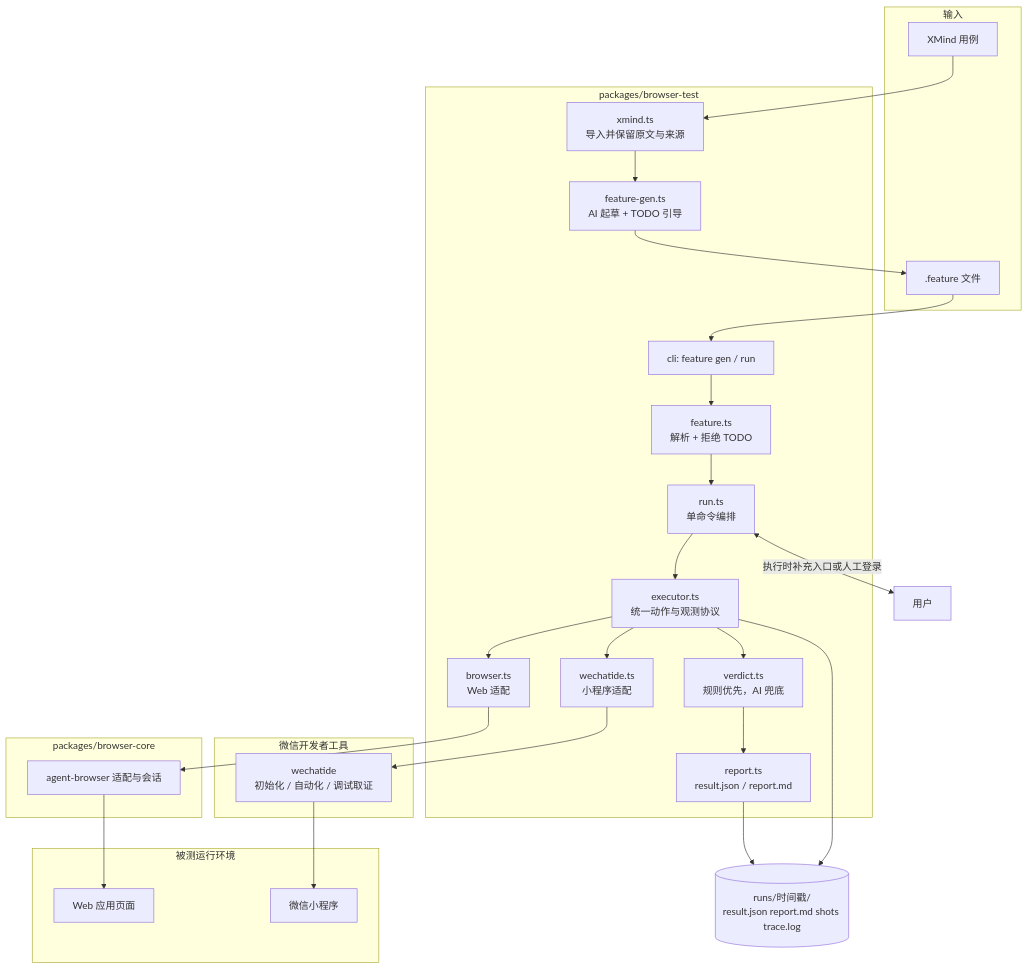
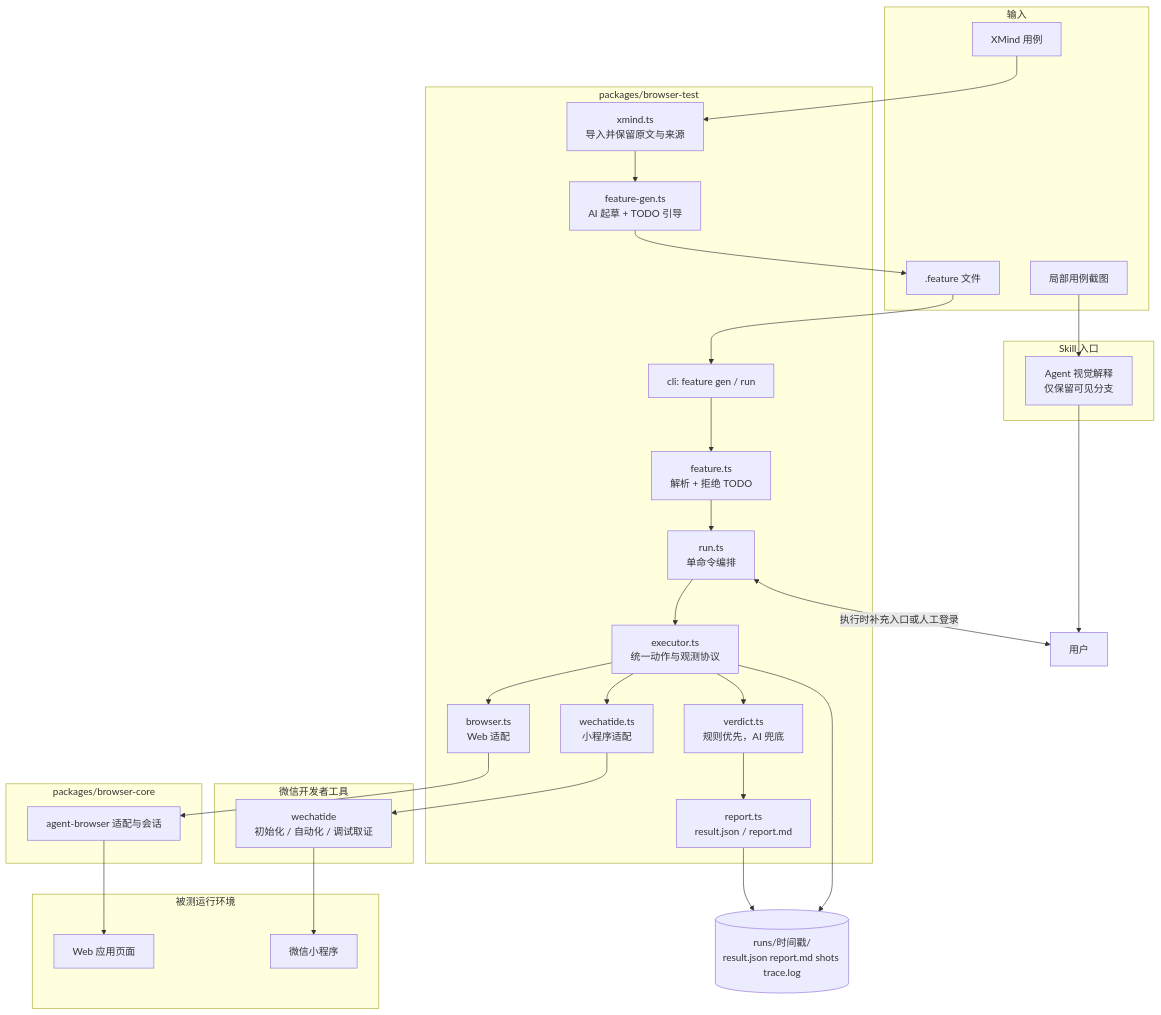
The first of 4 diagrams in docs/browser-test-technical-plan.md (Mone-Lee/browser-automated), drawn with Mermaid before and after one commit. The commit also changed other lines of this file and 3 other files, not shown here.

````diff
--- a/docs/browser-test-technical-plan.md
+++ b/docs/browser-test-technical-plan.md
@@ -42,45 +42,51 @@
 ```mermaid
 flowchart TB
     subgraph Input[输入]
         XM[XMind 用例]
+        IM[局部用例截图]
         FE[.feature 文件]
+    end
+
+    subgraph Skill[Skill 入口]
+        VI[Agent 视觉解释<br/>仅保留可见分支]
     end
 
     subgraph BT[packages/browser-test]
         CLI[cli: feature gen / run]
         XI[xmind.ts<br/>导入并保留原文与来源]
         FG[feature-gen.ts<br/>AI 起草 + TODO 引导]
         FP[feature.ts<br/>解析 + 拒绝 TODO]
         RUN[run.ts<br/>单命令编排]
         EX[executor.ts<br/>统一动作与观测协议]
         BR[browser.ts<br/>Web 适配]
         WX[wechatide.ts<br/>小程序适配]
         VD[verdict.ts<br/>规则优先，AI 兜底]
         RP[report.ts<br/>result.json / report.md]
     end
 
     subgraph Core[packages/browser-core]
         AB[agent-browser 适配与会话]
     end
 
     subgraph DevTools[微信开发者工具]
         WI[wechatide<br/>初始化 / 自动化 / 调试取证]
     end
 
     subgraph Biz[被测运行环境]
         APP[Web 应用页面]
         MP[微信小程序]
     end
 
     OUT[(runs/时间戳/<br/>result.json report.md shots trace.log)]
 
     XM --> XI --> FG --> FE
+    IM --> VI --> U
     FE --> CLI
     CLI --> FP --> RUN
     RUN <-->|执行时补充入口或人工登录| U[用户]
     RUN --> EX
     EX --> BR --> AB --> APP
     EX --> WX --> WI --> MP
     EX --> VD --> RP --> OUT
     EX --> OUT
 ```
````
